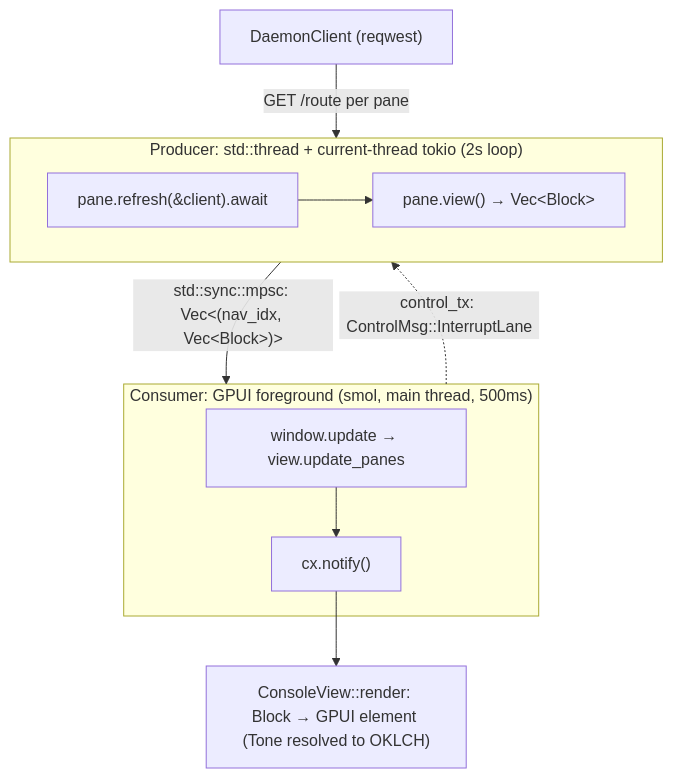
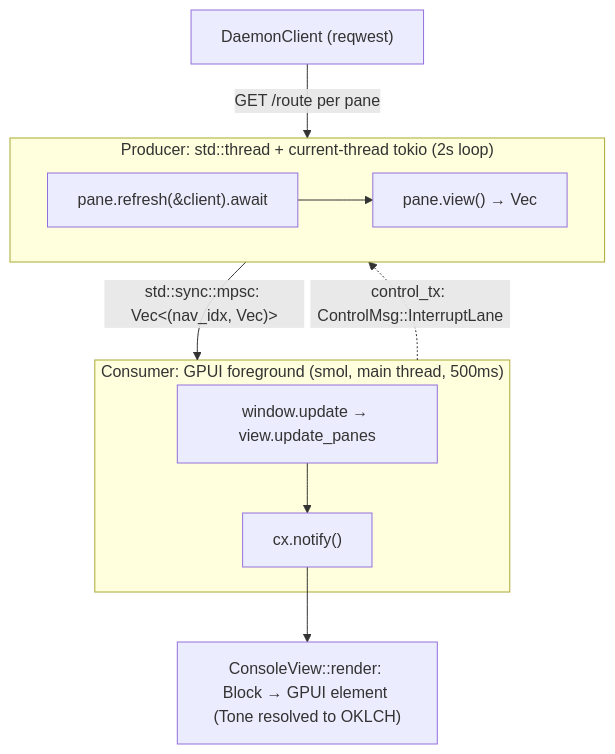
The diagram in skills/gpui-rust-console/SKILL.md (curiositech/port-daddy), drawn with Mermaid before and after one commit. The commit also changed other lines of this file and 1 other file, not shown here.

````diff
--- a/skills/gpui-rust-console/SKILL.md
+++ b/skills/gpui-rust-console/SKILL.md
@@ -73,13 +75,13 @@
 ```mermaid
 flowchart TD
   D["DaemonClient (reqwest)"] -->|"GET /route per pane"| PR
   subgraph PR["Producer: std::thread + current-thread tokio (2s loop)"]
-    R["pane.refresh(&client).await"] --> V["pane.view() → Vec&lt;Block&gt;"]
+    R["pane.refresh(&client).await"] --> V["pane.view() → Vec<Block>"]
   end
-  PR -->|"std::sync::mpsc: Vec&lt;(nav_idx, Vec&lt;Block&gt;)&gt;"| CO
+  PR -->|"std::sync::mpsc: Vec<(nav_idx, Vec<Block>)>"| CO
   subgraph CO["Consumer: GPUI foreground (smol, main thread, 500ms)"]
     U["window.update → view.update_panes"] --> N["cx.notify()"]
   end
   N --> PAINT["ConsoleView::render: Block → GPUI element (Tone resolved to OKLCH)"]
   CO -.->|"control_tx: ControlMsg::InterruptLane"| PR
 ```
````
